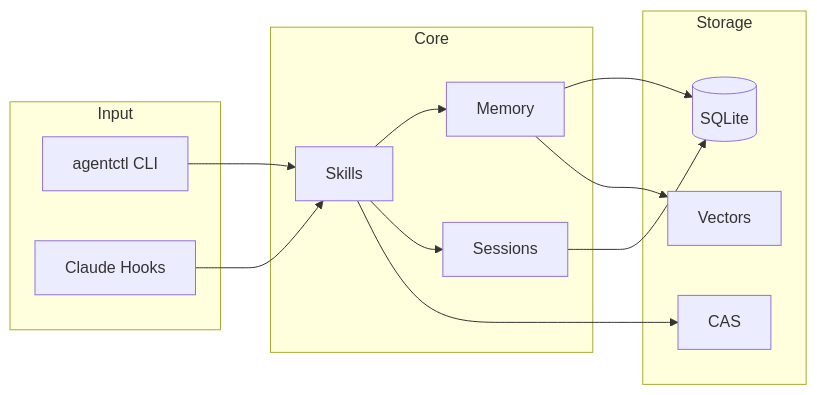
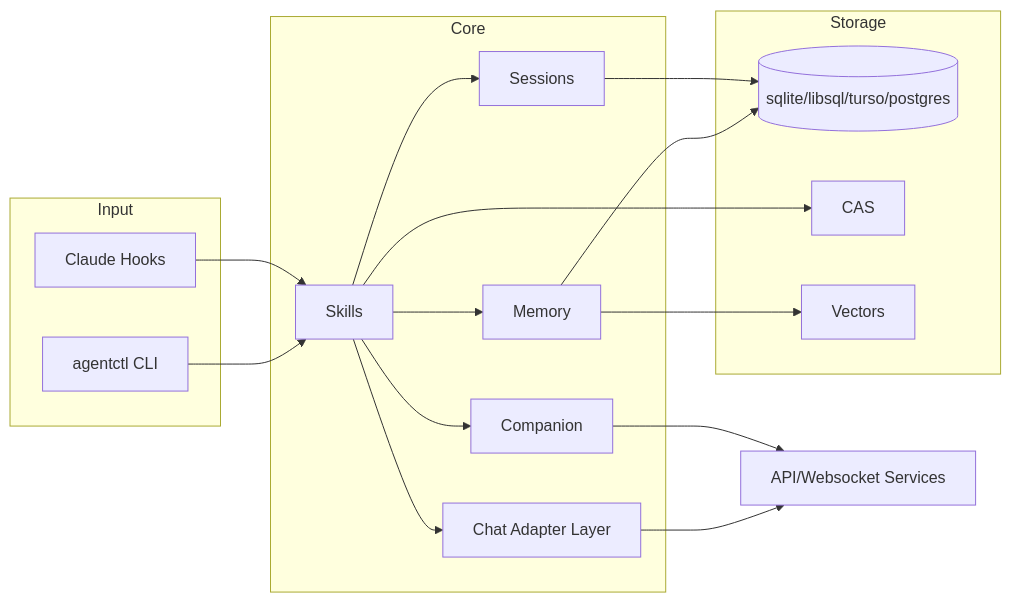
The diagram in AGENTS.md (joshka0/foxctl), drawn with Mermaid before and after one commit. The commit also changed other lines of this file and 20 other files, not shown here.

````diff
--- a/AGENTS.md
+++ b/AGENTS.md
@@ -39,28 +90,34 @@
 ```mermaid
 flowchart LR
     subgraph Input
         CLI[agentctl CLI]
         HOOK[Claude Hooks]
     end
 
     subgraph Core
         SKILL[Skills]
         MEM[Memory]
         SESS[Sessions]
+        CHAT[Chat Adapter Layer]
+        COMPANION[Companion]
     end
 
     subgraph Storage
-        DB[(SQLite)]
+        DB[(sqlite/libsql/turso/postgres)]
         CAS[CAS]
         VEC[Vectors]
     end
 
     CLI --> SKILL
     HOOK --> SKILL
     SKILL --> MEM
     SKILL --> SESS
+    SKILL --> CHAT
+    SKILL --> COMPANION
     MEM --> DB
     MEM --> VEC
     SESS --> DB
+    CHAT --> SVC[API/Websocket Services]
+    COMPANION --> SVC
     SKILL --> CAS
 ```
````
